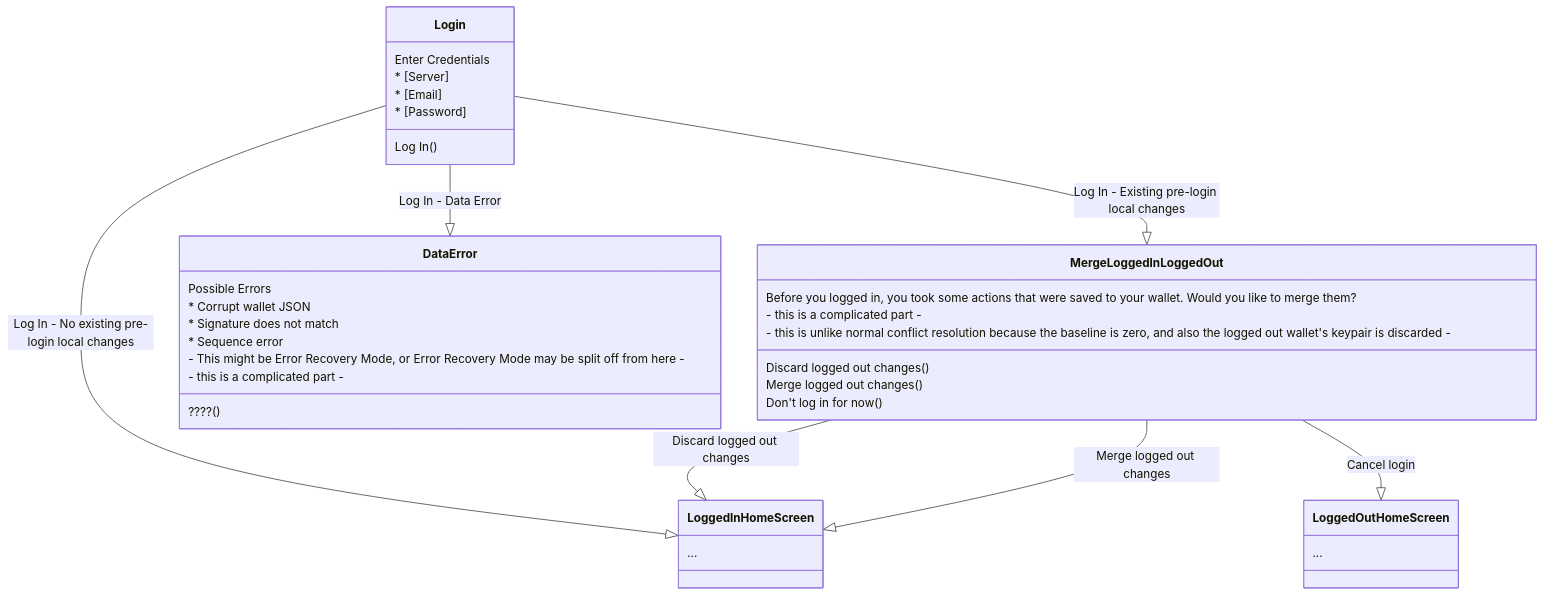
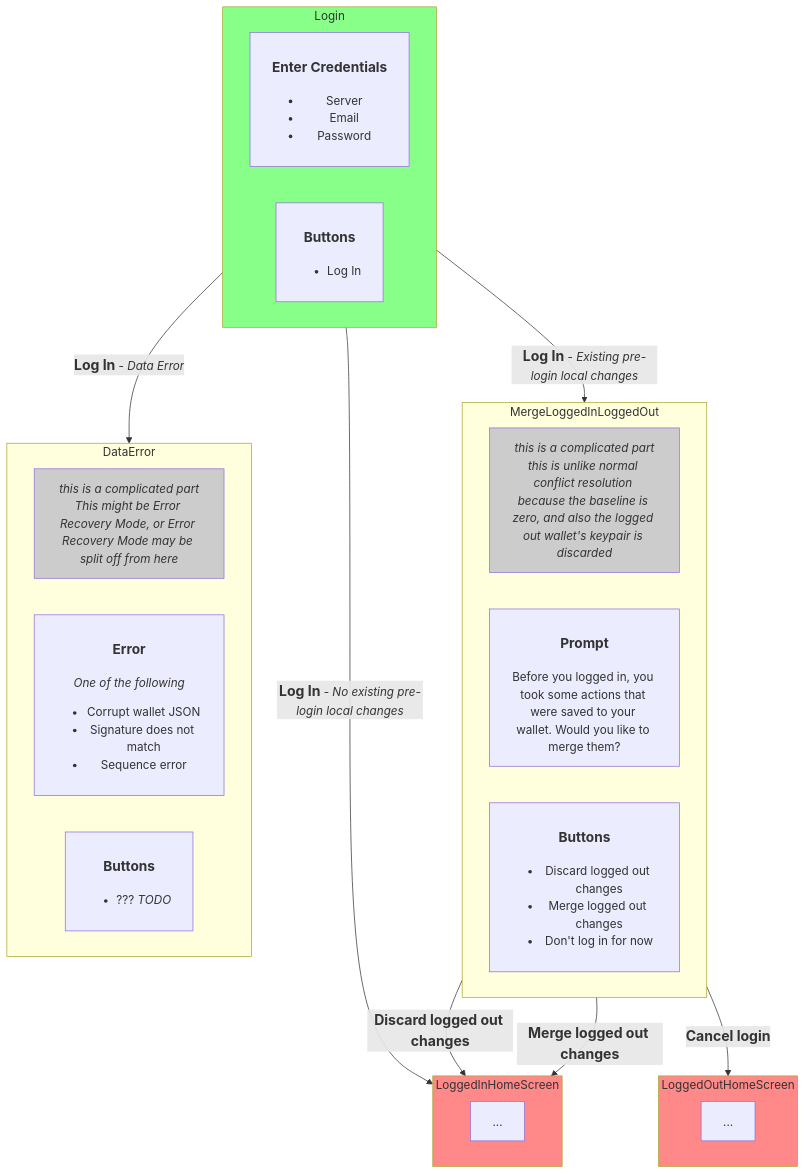
The second of 7 diagrams in spec/user-flows.md (orblivion/lbry-wallet-sync-draft), drawn with Mermaid before and after one commit. The commit also changed other lines of this file and 7 other files, not shown here.

Commit message:
First (and maybe last) pass at making the second user-flows chart a flowchart

````diff
--- a/spec/user-flows.md
+++ b/spec/user-flows.md
@@ -95,35 +95,49 @@
 ```mermaid
-classDiagram
+flowchart TD
+	classDef start fill:#8f8;
+	classDef finish fill:#f88;
+	classDef editorNote fill:#CCC;
+  Login:::start
+  LoggedInHomeScreen:::finish
+  LoggedOutHomeScreen:::finish
+  MergeLoggedInLoggedOut3:::editorNote
+  DataError3:::editorNote
 
-Login --|> MergeLoggedInLoggedOut : Log In - Existing pre-login local changes
-Login --|> DataError : Log In - Data Error
-Login --|> LoggedInHomeScreen : Log In - No existing pre-login local changes
+  Login --<big><b>Log In</b></big> - <i>Existing pre-login local changes</i>--> MergeLoggedInLoggedOut
+  Login --<big><b>Log In</b></big> - <i>Data Error<i>--> DataError
+  Login --<big><b>Log In</b></big> - <i>No existing pre-login local changes</i>--> LoggedInHomeScreen
 
-MergeLoggedInLoggedOut --|> LoggedInHomeScreen : Discard logged out changes
-MergeLoggedInLoggedOut --|> LoggedInHomeScreen : Merge logged out changes
-MergeLoggedInLoggedOut --|> LoggedOutHomeScreen : Cancel login
+  MergeLoggedInLoggedOut --<big><b>Discard logged out changes</b></big>--> LoggedInHomeScreen
+  MergeLoggedInLoggedOut --<big><b>Merge logged out changes</b></big>--> LoggedInHomeScreen
+  MergeLoggedInLoggedOut --<big><b>Cancel login</b></big>--> LoggedOutHomeScreen
 
-LoggedInHomeScreen : ...
-LoggedOutHomeScreen : ...
+  subgraph LoggedInHomeScreen
+    direction RL
+		LoggedInHomeScreen1[...]
+  end
 
-MergeLoggedInLoggedOut : Before you logged in, you took some actions that were saved to your wallet. Would you like to merge them?
-MergeLoggedInLoggedOut : - this is a complicated part -
-MergeLoggedInLoggedOut : - this is unlike normal conflict resolution because the baseline is zero, and also the logged out wallet's keypair is discarded -
-MergeLoggedInLoggedOut : Discard logged out changes()
-MergeLoggedInLoggedOut : Merge logged out changes()
-MergeLoggedInLoggedOut : Don't log in for now()
+  subgraph LoggedOutHomeScreen
+    direction RL
+		LoggedOutHomeScreen1[...]
+  end
 
-DataError : Possible Errors
-DataError : * Corrupt wallet JSON
-DataError : * Signature does not match
-DataError : * Sequence error
-DataError : - This might be Error Recovery Mode, or Error Recovery Mode may be split off from here -
-DataError : - this is a complicated part -
-DataError : ????()
+  subgraph MergeLoggedInLoggedOut
+    direction RL
+    MergeLoggedInLoggedOut1[<h3>Prompt</h3>Before you logged in, you took some actions that were saved to your wallet. Would you like to merge them?]
+    MergeLoggedInLoggedOut2[<h3>Buttons</h3><ul><li>Discard logged out changes</li><li>Merge logged out changes</li><li>Don't log in for now</li></ul>]
+    MergeLoggedInLoggedOut3[<i>this is a complicated part<br>this is unlike normal conflict resolution because the baseline is zero, and also the logged out wallet's keypair is discarded</i>]
+  end
 
-Login : Enter Credentials
-Login : * [Server]
-Login : * [Email]
-Login : * [Password]
-Login : Log In()
+  subgraph DataError
+    direction RL
+    DataError1[<h3>Error</h3><i>One of the following</i><ul><li>Corrupt wallet JSON</li><li>Signature does not match</li><li>Sequence error</li></ul>]
+    DataError2[<h3>Buttons</h3><ul><li>??? <i>TODO</i></li></ul>]
+    DataError3[<i>this is a complicated part<br>This might be Error Recovery Mode, or Error Recovery Mode may be split off from here</i>]
+  end
+
+  subgraph Login
+    direction RL
+    Login1[<h3>Enter Credentials</h3><ul><li>Server</li><li>Email</li><li>Password</li></ul>]
+    Login2[<h3>Buttons</h3><ul><li>Log In</li></ul>]
+  end
 ```
````
